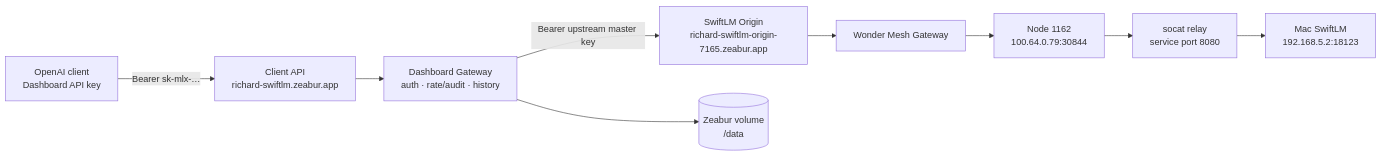
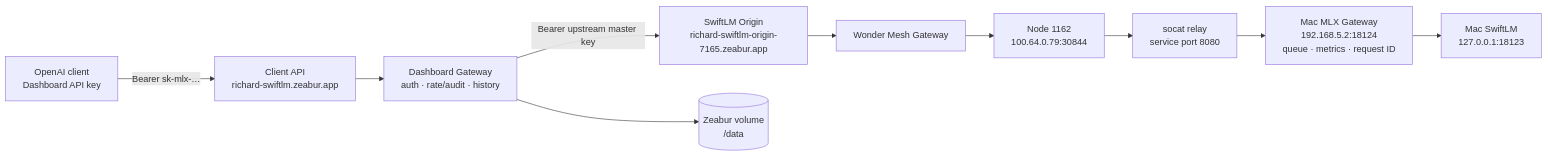
One commit to richard880502/swiftlm-platform changed the second of 6 diagrams in docs/wonder-mesh-local-api.md. Above: the diagram before and after it, drawn with Mermaid. The commit also changed other lines of this file and 9 other files, not shown here.

Commit message:
Add observable MLX request gateway

````diff
--- a/docs/wonder-mesh-local-api.md
+++ b/docs/wonder-mesh-local-api.md
@@ -35,21 +35,22 @@
 ```mermaid
 flowchart LR
     Client["OpenAI client<br/>Dashboard API key"]
     Public["Client API<br/>richard-swiftlm.zeabur.app"]
     Dashboard["Dashboard Gateway<br/>auth · rate/audit · history"]
     Origin["SwiftLM Origin<br/>richard-swiftlm-origin-7165.zeabur.app"]
     Mesh["Wonder Mesh Gateway"]
     Node["Node 1162<br/>100.64.0.79:30844"]
     Relay["socat relay<br/>service port 8080"]
-    SwiftLM["Mac SwiftLM<br/>192.168.5.2:18123"]
+    MLXGateway["Mac MLX Gateway<br/>192.168.5.2:18124<br/>queue · metrics · request ID"]
+    SwiftLM["Mac SwiftLM<br/>127.0.0.1:18123"]
     Data[("Zeabur volume<br/>/data")]
 
     Client -->|"Bearer sk-mlx-…"| Public
     Public --> Dashboard
     Dashboard -->|"Bearer upstream master key"| Origin
     Dashboard --> Data
     Origin --> Mesh
     Mesh --> Node
     Node --> Relay
-    Relay --> SwiftLM
+    Relay --> MLXGateway --> SwiftLM
 ```
````
